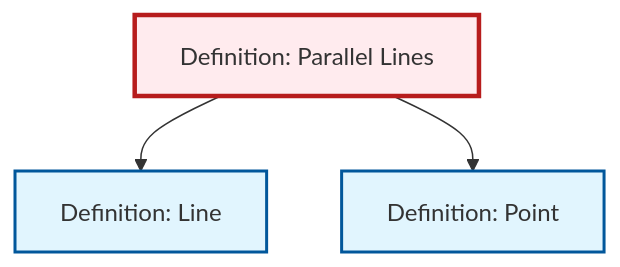
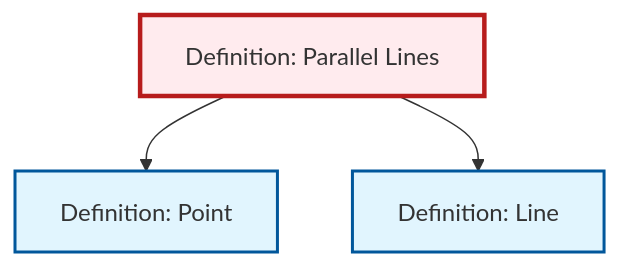
The diagram in output/mermaid/def-parallel.mermaid (RK0429/ModernMath), drawn with Mermaid before and after one commit. The commit also changed other lines of this file and 1115 other files, not shown here.

````diff
--- a/output/mermaid/def-parallel.mermaid
+++ b/output/mermaid/def-parallel.mermaid
@@ -1,15 +1,15 @@
 ```{mermaid}
 %%| fig-cap: "Local dependency graph"
 graph TD
     classDef definition fill:#e1f5fe,stroke:#01579b,stroke-width:2px
     classDef theorem fill:#f3e5f5,stroke:#4a148c,stroke-width:2px
     classDef axiom fill:#fff3e0,stroke:#e65100,stroke-width:2px
     classDef example fill:#e8f5e9,stroke:#1b5e20,stroke-width:2px
     classDef current fill:#ffebee,stroke:#b71c1c,stroke-width:3px
+    def-line["Definition: Line"]:::definition
     def-parallel["Definition: Parallel Lines"]:::definition
     def-point["Definition: Point"]:::definition
-    def-line["Definition: Line"]:::definition
+    def-parallel --> def-point
     def-parallel --> def-line
-    def-parallel --> def-point
     class def-parallel current
 ```
````
